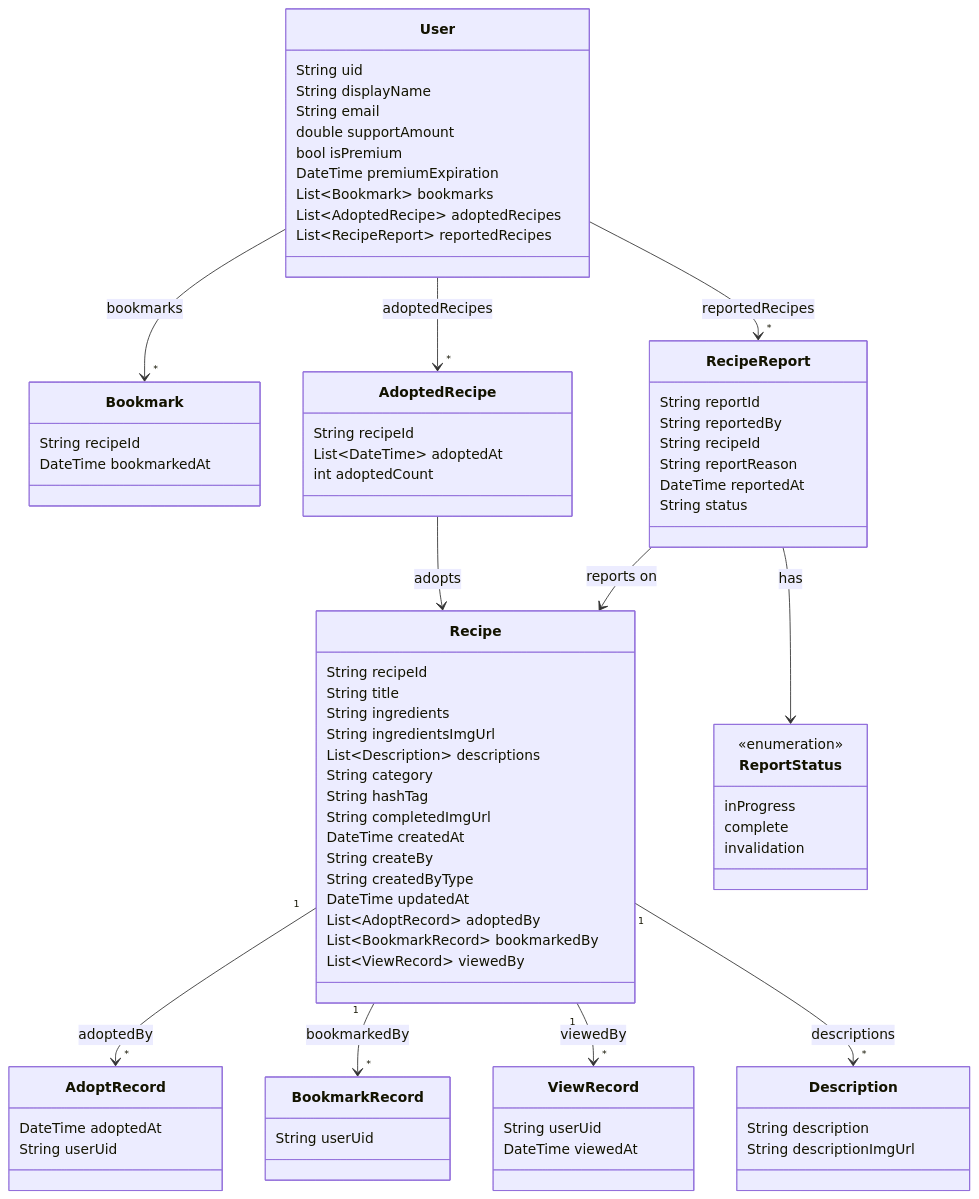
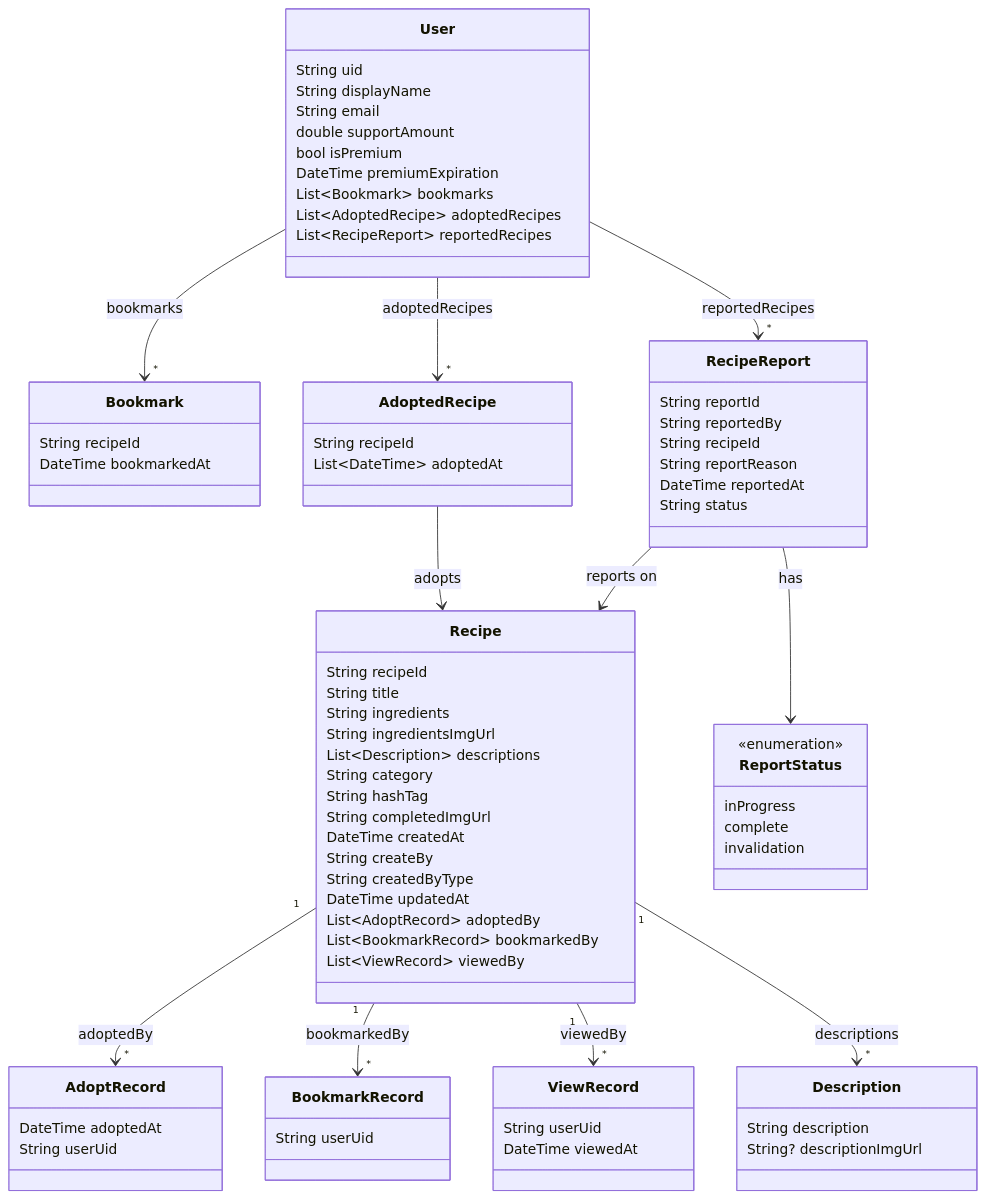
Before and after one commit to kangsudal/Eat-Go: the diagram in README.md, drawn with Mermaid. The commit also changed 29 other files, not shown here.

```diff
--- a/README.md
+++ b/README.md
@@ -67,7 +67,6 @@
     class AdoptedRecipe {
         String recipeId
         List~DateTime~ adoptedAt
-        int adoptedCount
     }
 
     class Bookmark {
@@ -81,7 +80,7 @@
 
     class Description {
         String description
-        String descriptionImgUrl
+        String? descriptionImgUrl
     }
 
     class Recipe {
```
